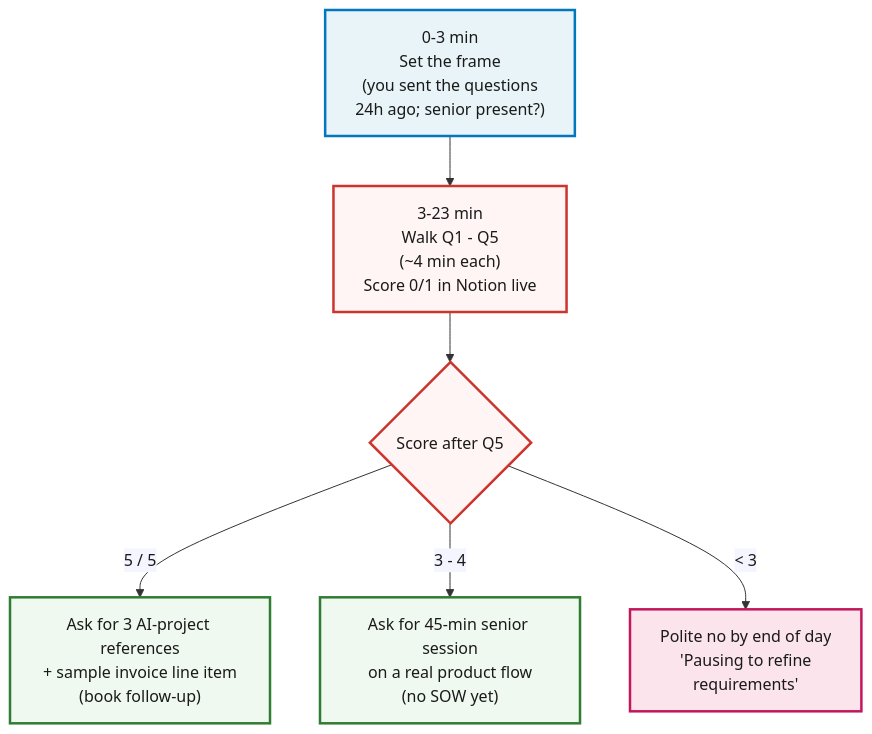
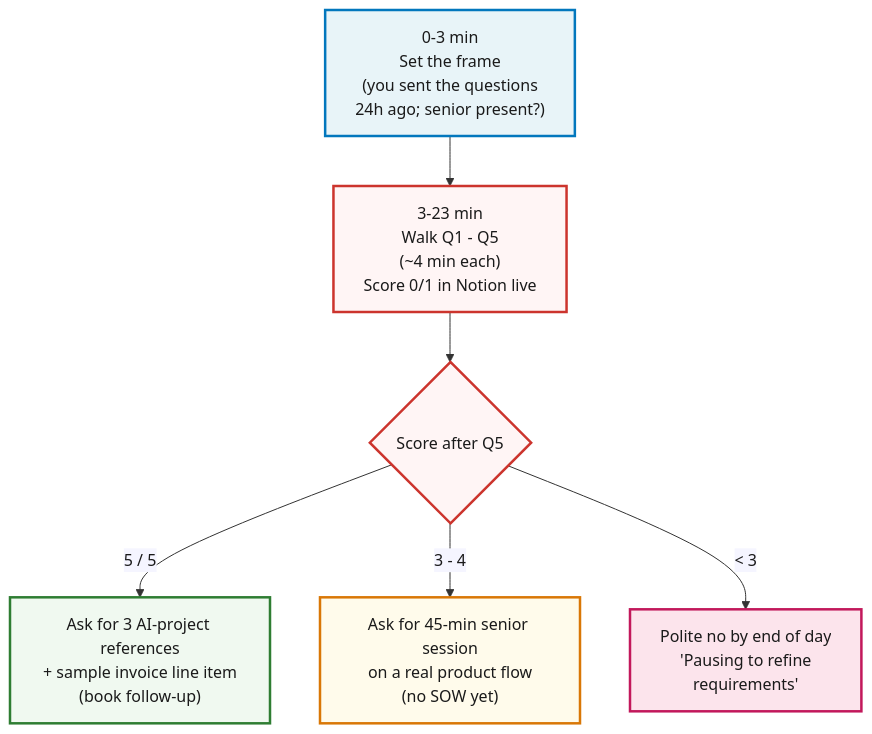
The diagram in content/course/tech-for-non-technical-founders-2026/agency-uses-ai-follow-up-questions/index.md (jetthoughts/jetthoughts.github.io), drawn with Mermaid before and after one commit. The commit also changed other lines of this file and 183 other files, not shown here.

````diff
--- a/content/course/tech-for-non-technical-founders-2026/agency-uses-ai-follow-up-questions/index.md
+++ b/content/course/tech-for-non-technical-founders-2026/agency-uses-ai-follow-up-questions/index.md
@@ -152,18 +141,20 @@
 ```mermaid
-%%{init: {'theme':'base', 'themeVariables': {'fontFamily':'Caveat, Patrick Hand, cursive', 'primaryColor':'#fff5f5', 'primaryBorderColor':'#cc342d', 'lineColor':'#333', 'primaryTextColor':'#1a1a1a'}}}%%
+%%{init: {'theme':'base', 'themeVariables': {'fontFamily':'Caveat, Patrick Hand, Comic Sans MS, cursive', 'primaryColor':'#fff5f5', 'primaryBorderColor':'#cc342d', 'lineColor':'#333', 'primaryTextColor':'#1a1a1a'}}}%%
 flowchart TD
     A["0-3 min<br/>Set the frame<br/>(you sent the questions<br/>24h ago; senior present?)"]
     A --> B["3-23 min<br/>Walk Q1 - Q5<br/>(~4 min each)<br/>Score 0/1 in Notion live"]
     B --> C{"Score after Q5"}
     C -->|"5 / 5"| D["Ask for 3 AI-project references<br/>+ sample invoice line item<br/>(book follow-up)"]
     C -->|"3 - 4"| E["Ask for 45-min senior session<br/>on a real product flow<br/>(no SOW yet)"]
     C -->|"&lt; 3"| F["Polite no by end of day<br/>'Pausing to refine<br/>requirements'"]
     classDef intro fill:#e8f4f8,stroke:#0277bd,stroke-width:2.5px,color:#1a1a1a
     classDef body fill:#fff5f5,stroke:#cc342d,stroke-width:2.5px,color:#1a1a1a
     classDef pass fill:#f0f9f0,stroke:#2e7d32,stroke-width:2.5px,color:#1a1a1a
+    classDef cond fill:#fffbeb,stroke:#d97706,stroke-width:2.5px,color:#1a1a1a
     classDef fail fill:#fce4ec,stroke:#c2185b,stroke-width:2.5px,color:#1a1a1a
     class A intro
     class B,C body
-    class D,E pass
+    class D pass
+    class E cond
     class F fail
 ```
````
